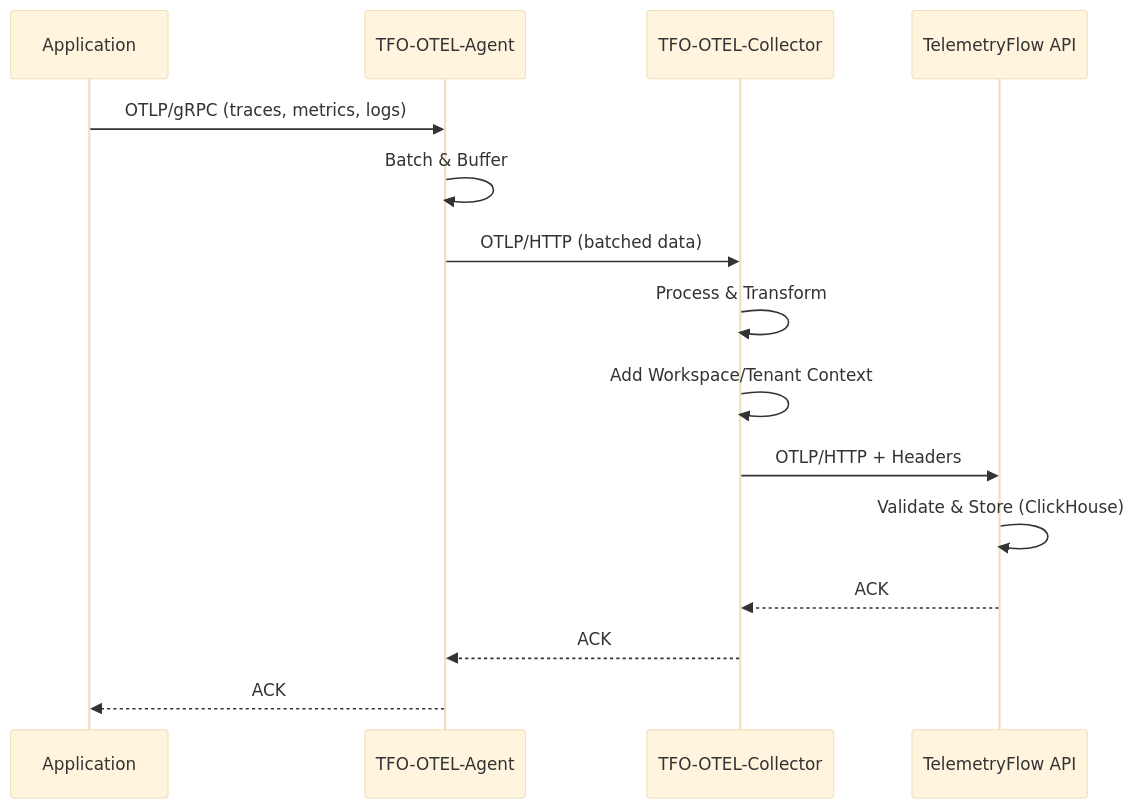
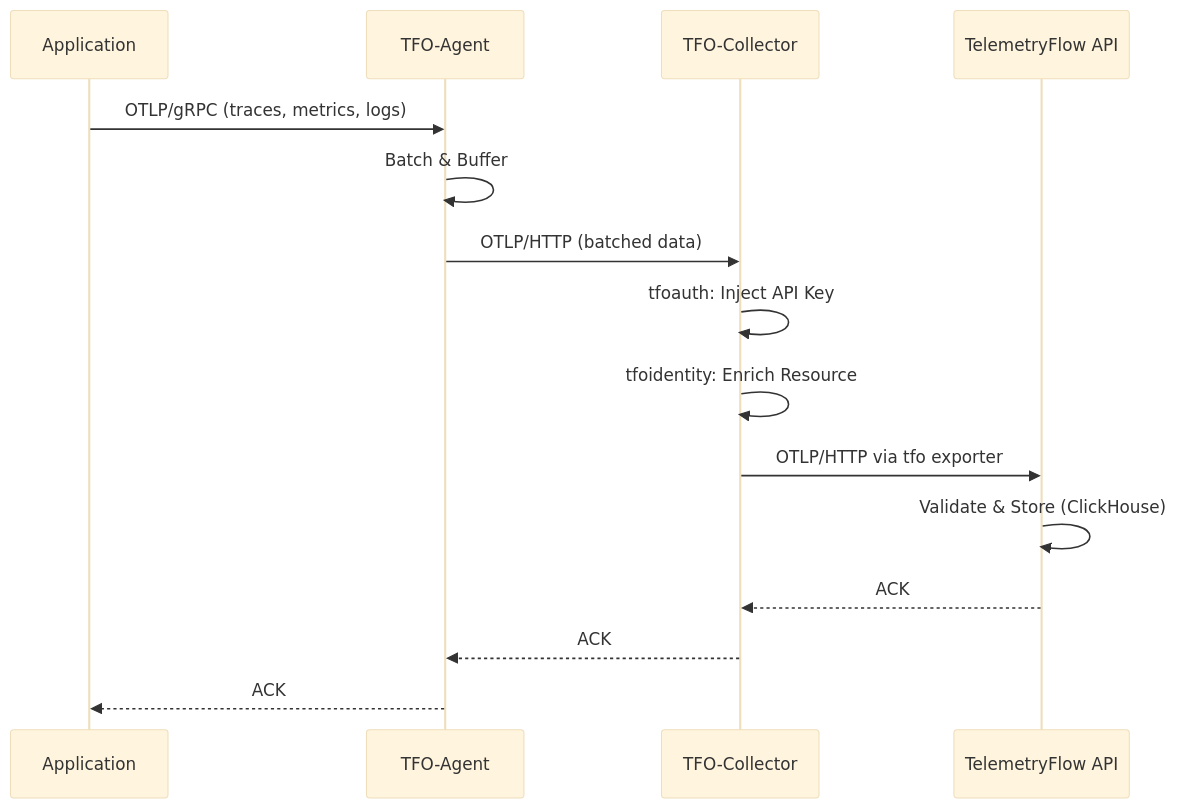
The second of 3 diagrams in tfo-otel/README.md (telemetryflow/telemetryflow-overview), drawn with Mermaid (base theme) before and after one commit. The commit also changed other lines of this file and 68 other files, not shown here.

````diff
--- a/tfo-otel/README.md
+++ b/tfo-otel/README.md
@@ -236,18 +249,18 @@
 ```mermaid
 sequenceDiagram
     participant App as Application
-    participant Agent as TFO-OTEL-Agent
-    participant Collector as TFO-OTEL-Collector
+    participant Agent as TFO-Agent
+    participant Collector as TFO-Collector
     participant TFO as TelemetryFlow API
 
     App->>Agent: OTLP/gRPC (traces, metrics, logs)
     Agent->>Agent: Batch & Buffer
     Agent->>Collector: OTLP/HTTP (batched data)
-    Collector->>Collector: Process & Transform
-    Collector->>Collector: Add Workspace/Tenant Context
-    Collector->>TFO: OTLP/HTTP + Headers
+    Collector->>Collector: tfoauth: Inject API Key
+    Collector->>Collector: tfoidentity: Enrich Resource
+    Collector->>TFO: OTLP/HTTP via tfo exporter
     TFO->>TFO: Validate & Store (ClickHouse)
     TFO-->>Collector: ACK
     Collector-->>Agent: ACK
     Agent-->>App: ACK
 ```
````
